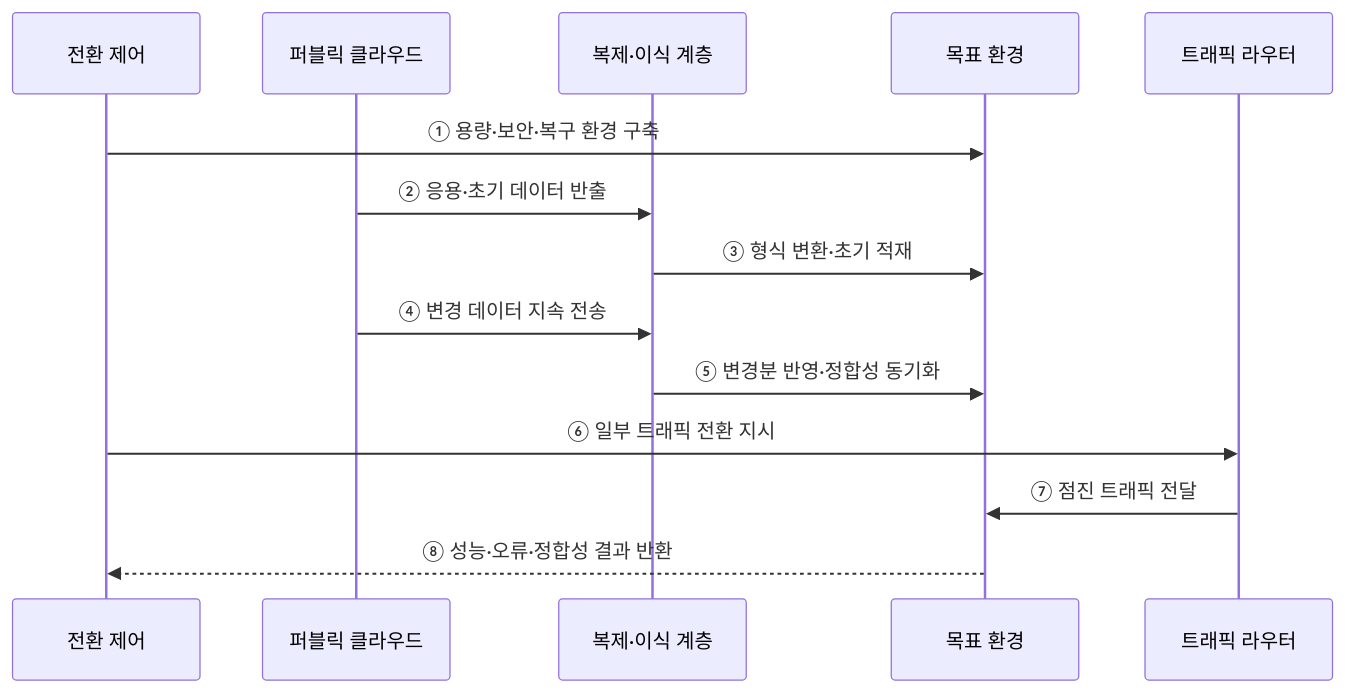
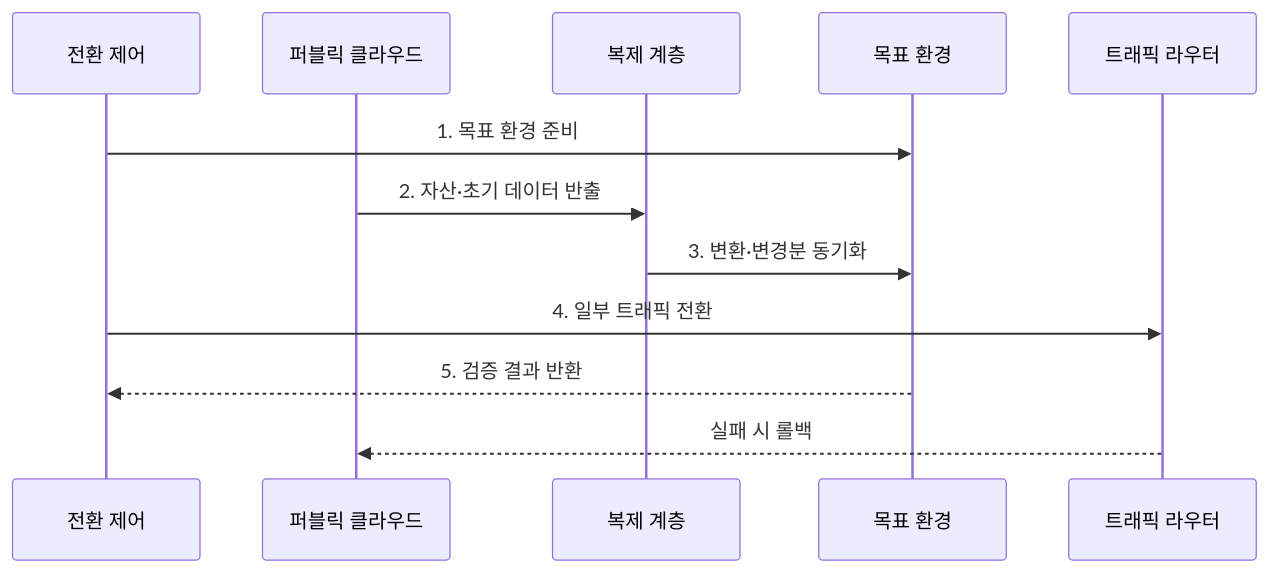
The second of 2 diagrams in src/content/docs/notes/03-software/169_cloud_repatriation.md (agnusdei1207/knowledge-base), drawn with Mermaid before and after one commit. The commit also changed other lines of this file and 20 other files, not shown here.

````diff
--- a/src/content/docs/notes/03-software/169_cloud_repatriation.md
+++ b/src/content/docs/notes/03-software/169_cloud_repatriation.md
@@ -70,16 +82,14 @@
 ```mermaid
 sequenceDiagram
     participant O as 전환 제어
     participant C as 퍼블릭 클라우드
-    participant R as 복제·이식 계층
+    participant R as 복제 계층
     participant T as 목표 환경
     participant G as 트래픽 라우터
-    O->>T: ① 용량·보안·복구 환경 구축
-    C->>R: ② 응용·초기 데이터 반출
-    R->>T: ③ 형식 변환·초기 적재
-    C->>R: ④ 변경 데이터 지속 전송
-    R->>T: ⑤ 변경분 반영·정합성 동기화
-    O->>G: ⑥ 일부 트래픽 전환 지시
-    G->>T: ⑦ 점진 트래픽 전달
-    T-->>O: ⑧ 성능·오류·정합성 결과 반환
+    O->>T: 1. 목표 환경 준비
+    C->>R: 2. 자산·초기 데이터 반출
+    R->>T: 3. 변환·변경분 동기화
+    O->>G: 4. 일부 트래픽 전환
+    T-->>O: 5. 검증 결과 반환
+    G-->>C: 실패 시 롤백
 ```
````
